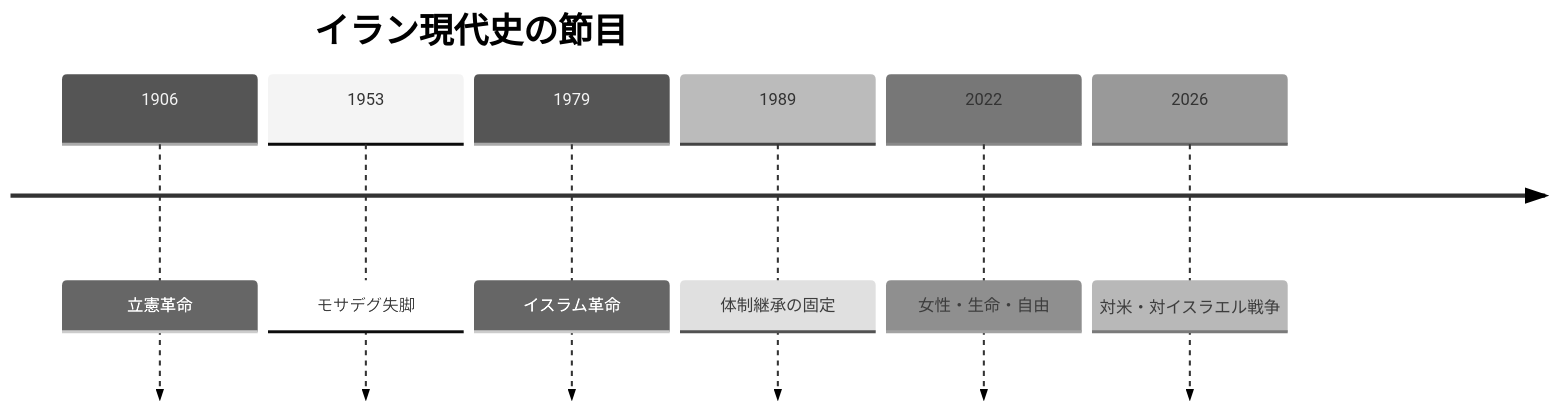
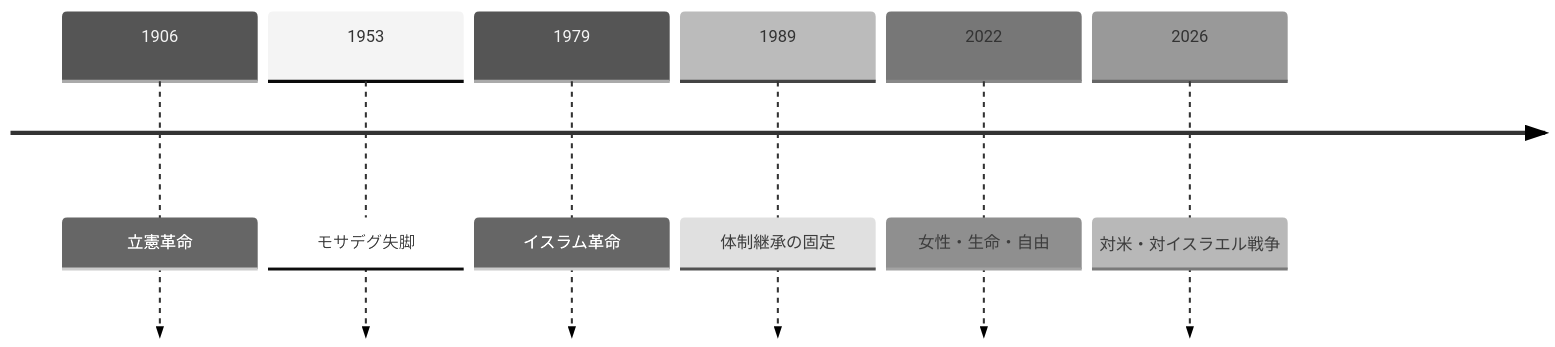
One commit to daylight55/research changed the second of 2 diagrams in articles/report/iran-geopolitical-profile/ja/index.mdx. Above: the diagram before and after it, drawn with Mermaid (neutral theme). The commit also changed other lines of this file and 181 other files, not shown here.

First line of the commit message:
全記事の図解368点を再生成し、共通注意書きを削除 (#402)

````diff
--- a/articles/report/iran-geopolitical-profile/ja/index.mdx
+++ b/articles/report/iran-geopolitical-profile/ja/index.mdx
@@ -48,10 +55,13 @@
 ```mermaid
 timeline
-  title イラン現代史の節目
+  accTitle: イランの立憲革命から現在の対外対立へ
+  accDescr: 立憲化、1953年政変、革命、指導者継承、市民運動、対外戦争を年代で読む。
+  accTitle: イランの立憲革命から現在の対外対立へ
+  accDescr: 立憲化、1953年政変、革命、指導者継承、市民運動、対外戦争を年代で読む。
   1906 : 立憲革命
   1953 : モサデグ失脚
   1979 : イスラム革命
   1989 : 体制継承の固定
   2022 : 女性・生命・自由
   2026 : 対米・対イスラエル戦争
 ```
````
